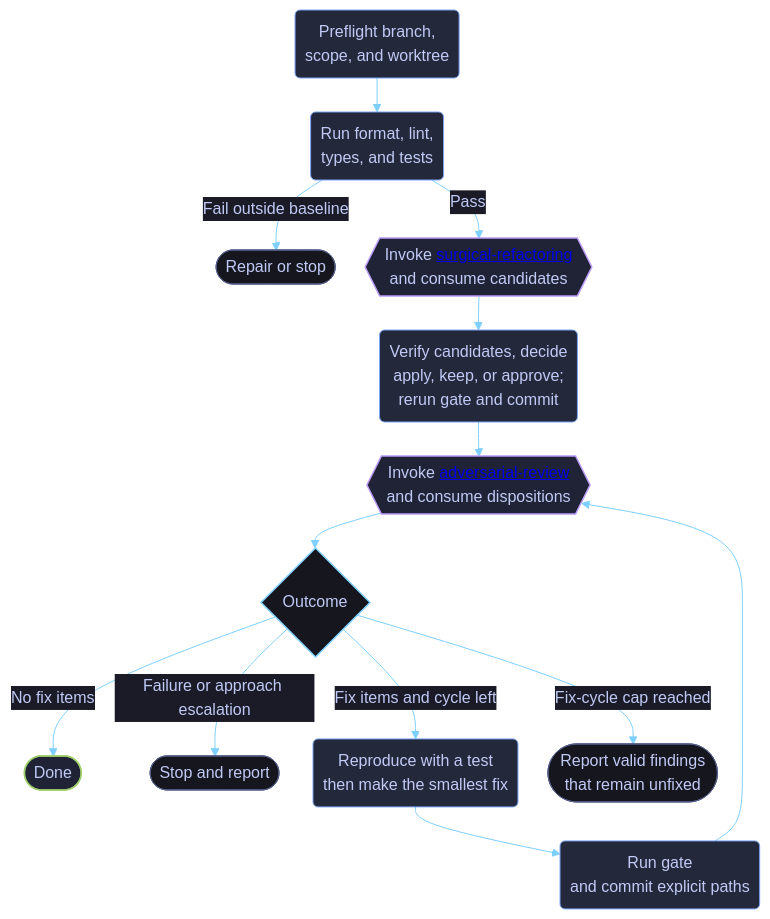
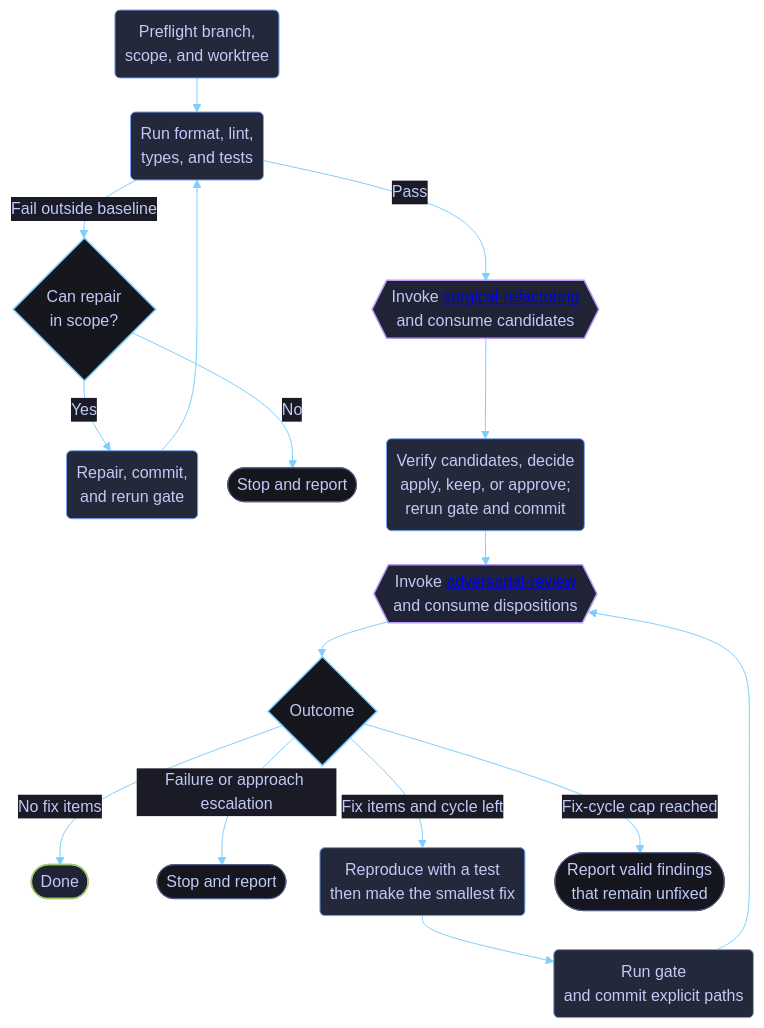
The diagram in docs/skill-workflows/review-fix-loop.md (dvo-dev/copilot-guidance), drawn with Mermaid before and after one commit. The commit also changed other lines of this file and 4 other files, not shown here.

````diff
--- a/docs/skill-workflows/review-fix-loop.md
+++ b/docs/skill-workflows/review-fix-loop.md
@@ -20,28 +20,31 @@
 ```mermaid
 %%{init: {"theme":"base","themeVariables":{"background":"#1a1b26","primaryColor":"#24283b","primaryTextColor":"#c0caf5","primaryBorderColor":"#7aa2f7","secondaryColor":"#1f2335","secondaryTextColor":"#c0caf5","secondaryBorderColor":"#bb9af7","tertiaryColor":"#16161e","tertiaryTextColor":"#c0caf5","tertiaryBorderColor":"#7dcfff","lineColor":"#7dcfff","textColor":"#c0caf5","mainBkg":"#24283b","nodeBorder":"#7aa2f7","clusterBkg":"#16161e","clusterBorder":"#565f89","defaultLinkColor":"#7dcfff","edgeLabelBackground":"#1a1b26","titleColor":"#bb9af7","fontFamily":"ui-monospace, SFMono-Regular, Menlo, Monaco, Consolas, Liberation Mono, monospace"},"flowchart":{"curve":"basis","htmlLabels":true,"nodeSpacing":30,"rankSpacing":34,"padding":10}}}%%
 flowchart TD
     A("Preflight branch,<br/>scope, and worktree") --> B("Run format, lint,<br/>types, and tests")
-    B -->|Fail outside baseline| C(["Repair or stop"])
+    B -->|Fail outside baseline| REPAIRDEC{"Can repair<br/>in scope?"}
+    REPAIRDEC -->|Yes| REPAIR("Repair, commit,<br/>and rerun gate")
+    REPAIR --> B
+    REPAIRDEC -->|No| STOP(["Stop and report"])
     B -->|Pass| E{{"Invoke <a href='https://github.com/dvo-dev/copilot-guidance/blob/main/docs/skill-workflows/surgical-refactoring.md'>surgical-refactoring</a><br/>and consume candidates"}}
     E --> F("Verify candidates, decide<br/>apply, keep, or approve;<br/>rerun gate and commit")
     F --> G{{"Invoke <a href='https://github.com/dvo-dev/copilot-guidance/blob/main/docs/skill-workflows/adversarial-review.md'>adversarial-review</a><br/>and consume dispositions"}}
     G --> H{"Outcome"}
     H -->|No fix items| I(["Done"])
     H -->|Failure or approach escalation| J(["Stop and report"])
     H -->|Fix items and cycle left| K("Reproduce with a test<br/>then make the smallest fix")
     K --> L("Run gate<br/>and commit explicit paths")
     L --> G
     H -->|Fix-cycle cap reached| M(["Report valid findings<br/>that remain unfixed"])
 
     classDef stage fill:#24283b,stroke:#7aa2f7,stroke-width:1px,color:#c0caf5;
     classDef delegated fill:#1f2335,stroke:#bb9af7,stroke-width:1.5px,color:#c0caf5;
     classDef outcome fill:#1f2335,stroke:#9ece6a,stroke-width:1.5px,color:#c0caf5;
     classDef terminal fill:#16161e,stroke:#565f89,stroke-width:1px,color:#c0caf5;
     classDef decision fill:#16161e,stroke:#7dcfff,stroke-width:1.5px,color:#c0caf5;
-    class A,B,F,K,L stage;
+    class A,B,F,K,L,REPAIR stage;
     class E,G delegated;
     class I outcome;
-    class C,J,M terminal;
-    class H decision;
+    class STOP,J,M terminal;
+    class REPAIRDEC,H decision;
 
 ```
````
